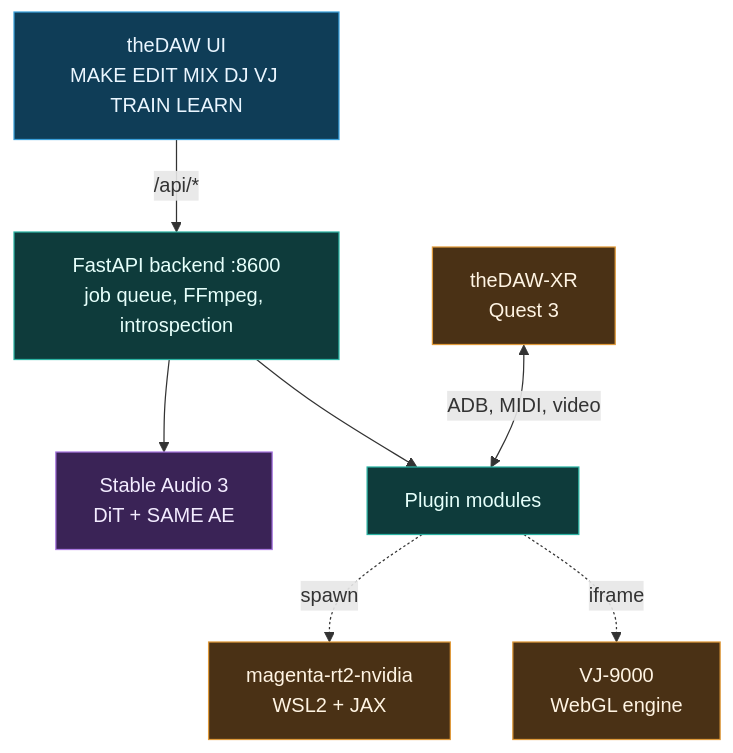
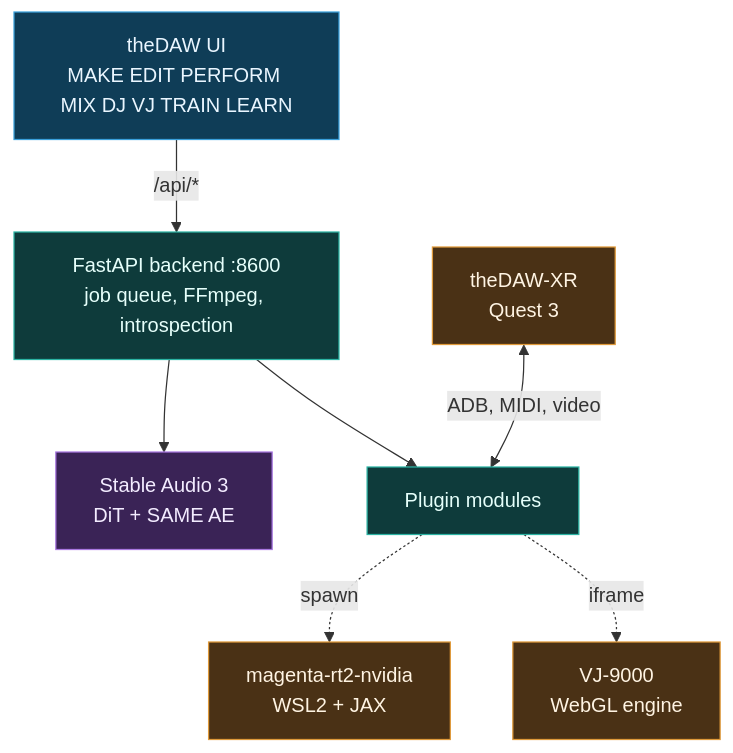
The first of 3 diagrams in README.md (danieljtrujillo/theDAW), drawn with Mermaid before and after one commit. The commit also changed other lines of this file and 46 other files, not shown here.

````diff
--- a/README.md
+++ b/README.md
@@ -84,20 +84,20 @@
 ```mermaid
 flowchart TD
-  UI["theDAW UI<br/>MAKE EDIT MIX DJ VJ TRAIN LEARN"]:::in
+  UI["theDAW UI<br/>MAKE EDIT PERFORM MIX DJ VJ TRAIN LEARN"]:::in
   API["FastAPI backend :8600<br/>job queue, FFmpeg, introspection"]:::proc
   SA3["Stable Audio 3<br/>DiT + SAME AE"]:::eng
   MODS["Plugin modules"]:::proc
   MRT2["magenta-rt2-nvidia<br/>WSL2 + JAX"]:::side
   VJ["VJ-9000<br/>WebGL engine"]:::side
   XR["theDAW-XR<br/>Quest 3"]:::side
   UI -->|/api/*| API
   API --> SA3
   API --> MODS
   MODS -. spawn .-> MRT2
   MODS -. iframe .-> VJ
   XR <-->|ADB, MIDI, video| MODS
   classDef in fill:#0f3d57,stroke:#3aa0db,color:#eaf6ff;
   classDef eng fill:#3a2356,stroke:#a877e0,color:#f3ecff;
   classDef proc fill:#0e3b3b,stroke:#2bb3a3,color:#e6fffb;
   classDef side fill:#4a3115,stroke:#e09a3a,color:#fff4e3;
 ```
````
